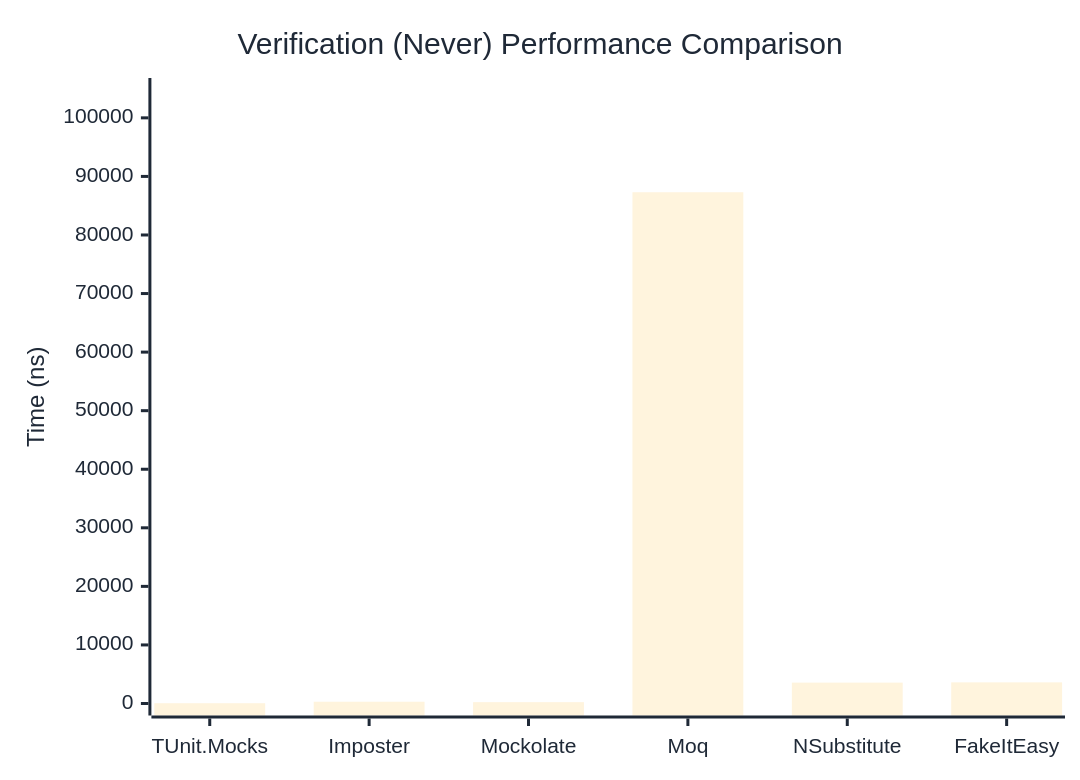
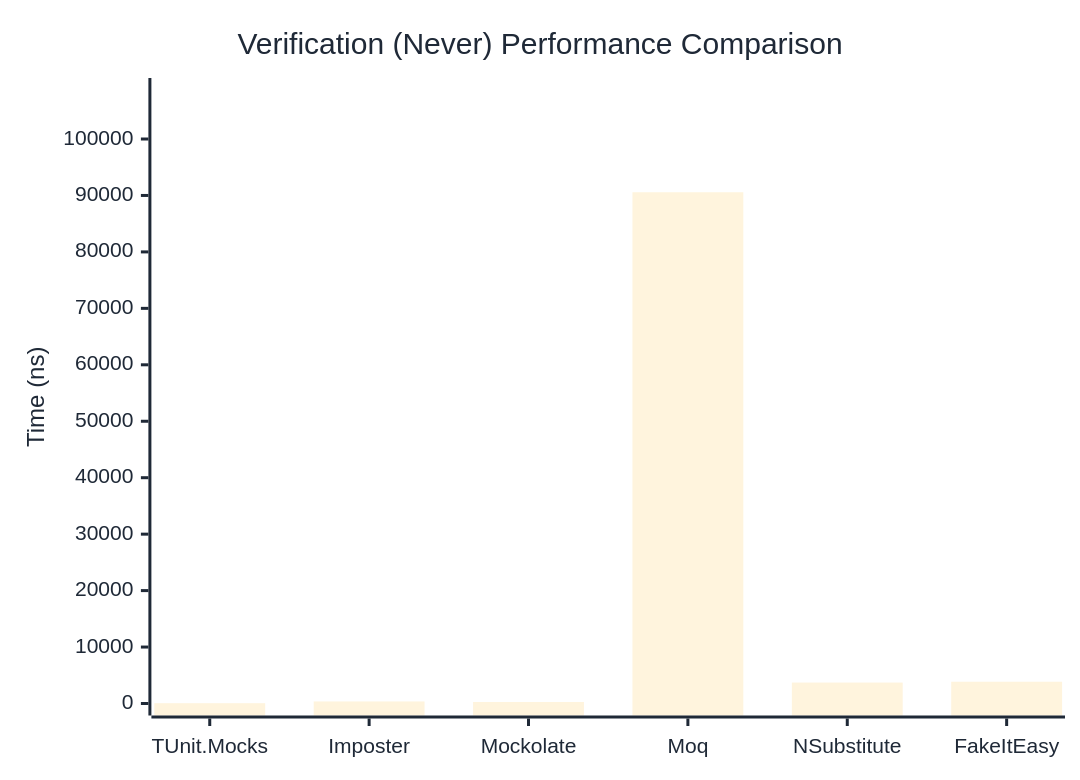
One commit to thomhurst/TUnit changed the second of 3 diagrams in docs/docs/benchmarks/mocks/Verification.md. Above: the diagram before and after it, drawn with Mermaid. The commit also changed other lines of this file and 14 other files, not shown here.

````diff
--- a/docs/docs/benchmarks/mocks/Verification.md
+++ b/docs/docs/benchmarks/mocks/Verification.md
@@ -69,27 +69,27 @@
 ```mermaid
 %%{init: {
   'theme':'base',
   'themeVariables': {
     'primaryColor': '#2563eb',
     'primaryTextColor': '#1f2937',
     'primaryBorderColor': '#1e40af',
     'lineColor': '#6b7280',
     'secondaryColor': '#7c3aed',
     'tertiaryColor': '#dc2626',
     'background': '#ffffff',
     'pie1': '#2563eb',
     'pie2': '#7c3aed',
     'pie3': '#dc2626',
     'pie4': '#f59e0b',
     'pie5': '#10b981',
     'pie6': '#06b6d4',
     'pie7': '#ec4899',
     'pie8': '#6366f1'
   }
 }}%%
 xychart-beta
   title "Verification (Never) Performance Comparison"
   x-axis ["TUnit.Mocks", "Imposter", "Mockolate", "Moq", "NSubstitute", "FakeItEasy"]
-  y-axis "Time (ns)" 0 --> 104756
-  bar [46.52, 302.21, 227.28, 87296.53, 3563.57, 3607.23]
+  y-axis "Time (ns)" 0 --> 108682
+  bar [54.25, 365.03, 267.3, 90567.96, 3707.48, 3856.74]
 ```
````
